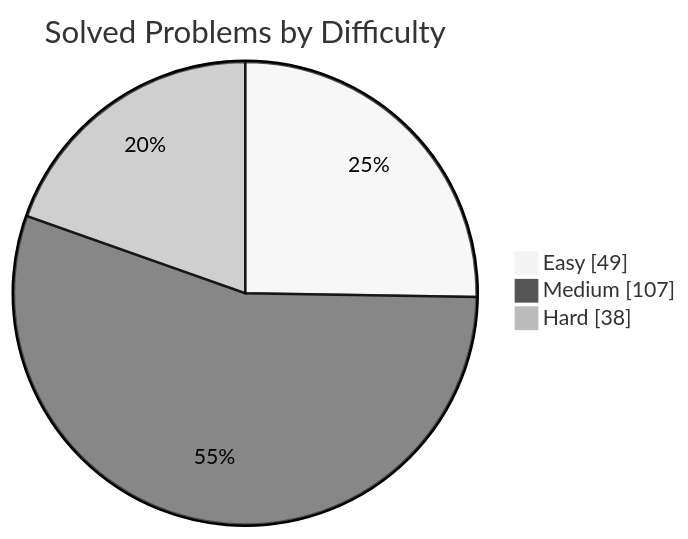
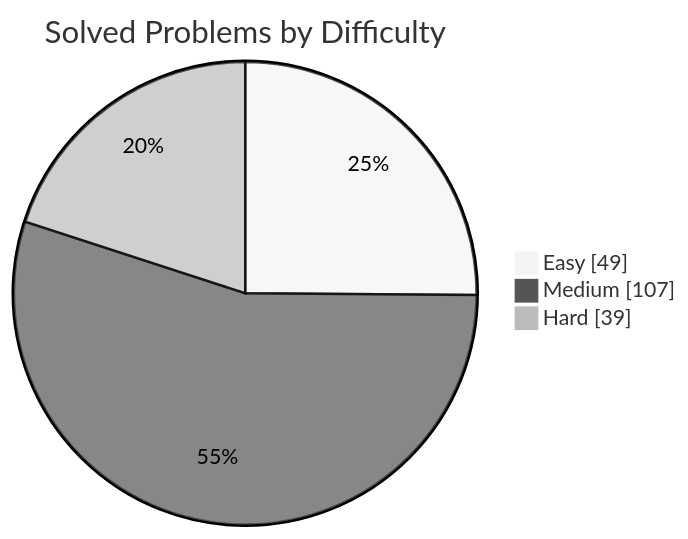
One commit to manikantbindass/DSA-Preparation-FAANG changed the first of 2 diagrams in README.md. Above: the diagram before and after it, drawn with Mermaid (neutral theme). The commit also changed other lines of this file, not shown here.

````diff
--- a/README.md
+++ b/README.md
@@ -38,7 +38,7 @@
 ```mermaid
 pie showData
     title Solved Problems by Difficulty
     "Easy" : 49
     "Medium" : 107
-    "Hard" : 38
+    "Hard" : 39
 ```
````
